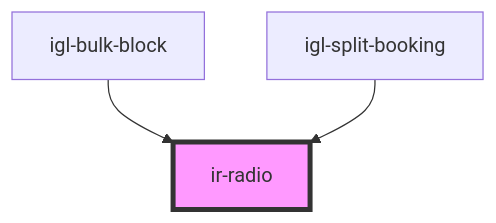
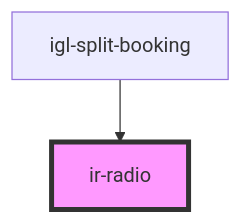
One commit to RonyRizk/ir-webcmp changed the diagram in src/components/ui/ir-radio/readme.md. Above: the diagram before and after it, drawn with Mermaid. The commit also changed other lines of this file and 32 other files, not shown here.

````diff
--- a/src/components/ui/ir-radio/readme.md
+++ b/src/components/ui/ir-radio/readme.md
@@ -36,6 +35,5 @@
 ```mermaid
 graph TD;
-  igl-bulk-block --> ir-radio
   igl-split-booking --> ir-radio
   style ir-radio fill:#f9f,stroke:#333,stroke-width:4px
 ```
````
